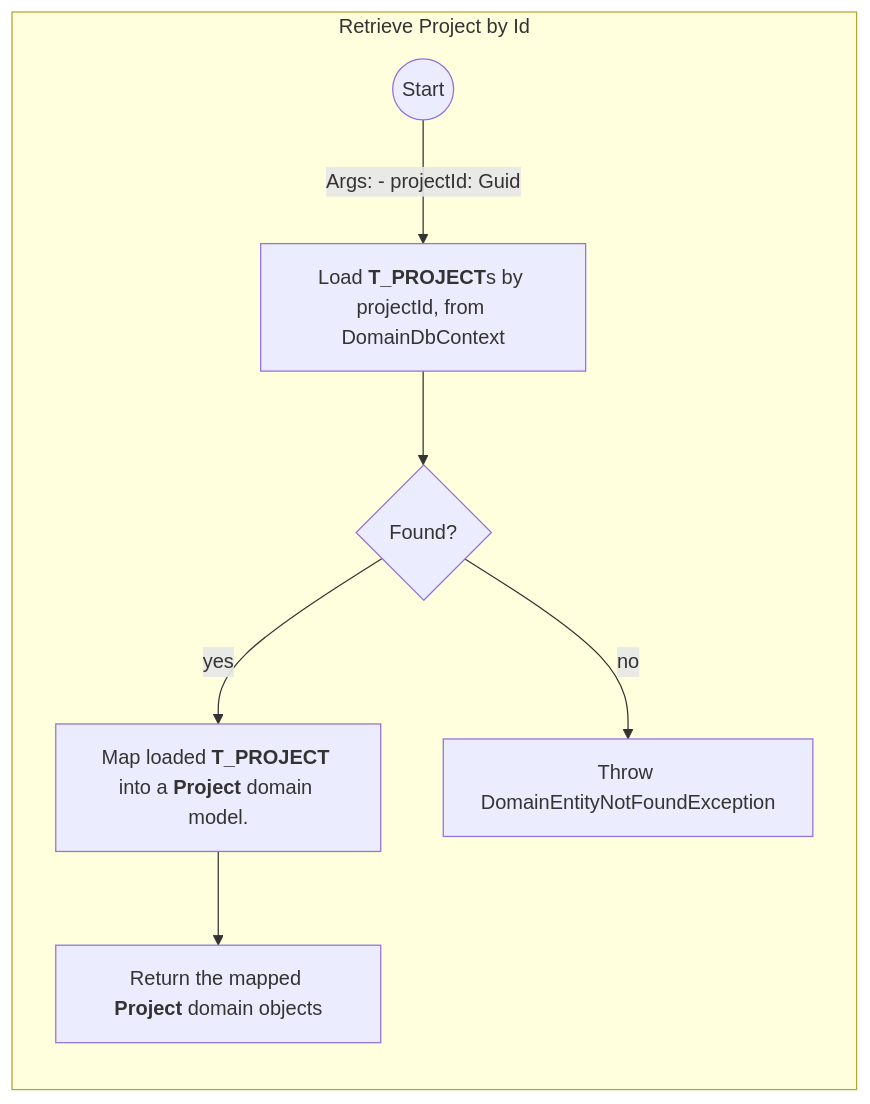
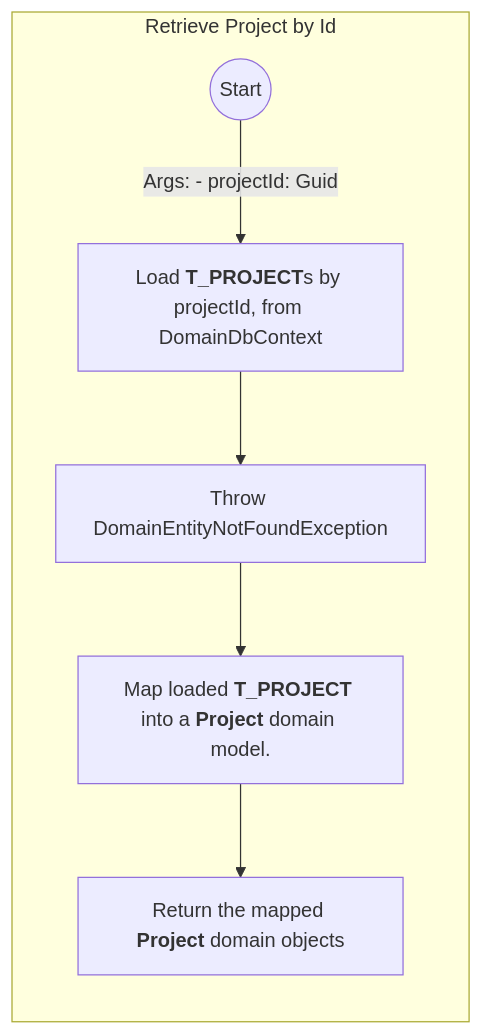
One commit to sdlfly2000/DomainBasedDesigner changed the third of 5 diagrams in AI/Repository/ProjectRepository.md. Above: the diagram before and after it, drawn with Mermaid. The commit also changed other lines of this file and 10 other files, not shown here.

````diff
--- a/AI/Repository/ProjectRepository.md
+++ b/AI/Repository/ProjectRepository.md
@@ -60,18 +60,17 @@
     ```mermaid
         graph TB
             subgraph main [Retrieve Project by Id]
                 direction TB
                 start(("Start")) -->
 
                 %% Include referencing **T_REQUIREMENT**s  
                 |Args: - projectId: Guid | load["`Load **T_PROJECT**s by projectId, from DomainDbContext`"] -->
-                Exist{"Found?"} -->
+
+                ThrowExceptionIfNotExist["Throw DomainEntityNotFoundException"] -->
 
                 %% Do NOT load nested **T_BUSINESS_ACTION** nor **T_BUSINESS_MODEL** in **T_REQUIREMENT** 
-                |yes| map["`Map loaded **T_PROJECT** into a **Project** domain model.`"]
+                map["`Map loaded **T_PROJECT** into a **Project** domain model.`"] -->
 
-                map --> return["`Return the mapped **Project** domain objects`"]
-
-                Exist --> |no| ThrowException["Throw DomainEntityNotFoundException"]
+                return["`Return the mapped **Project** domain objects`"]
             end
     ```
````
